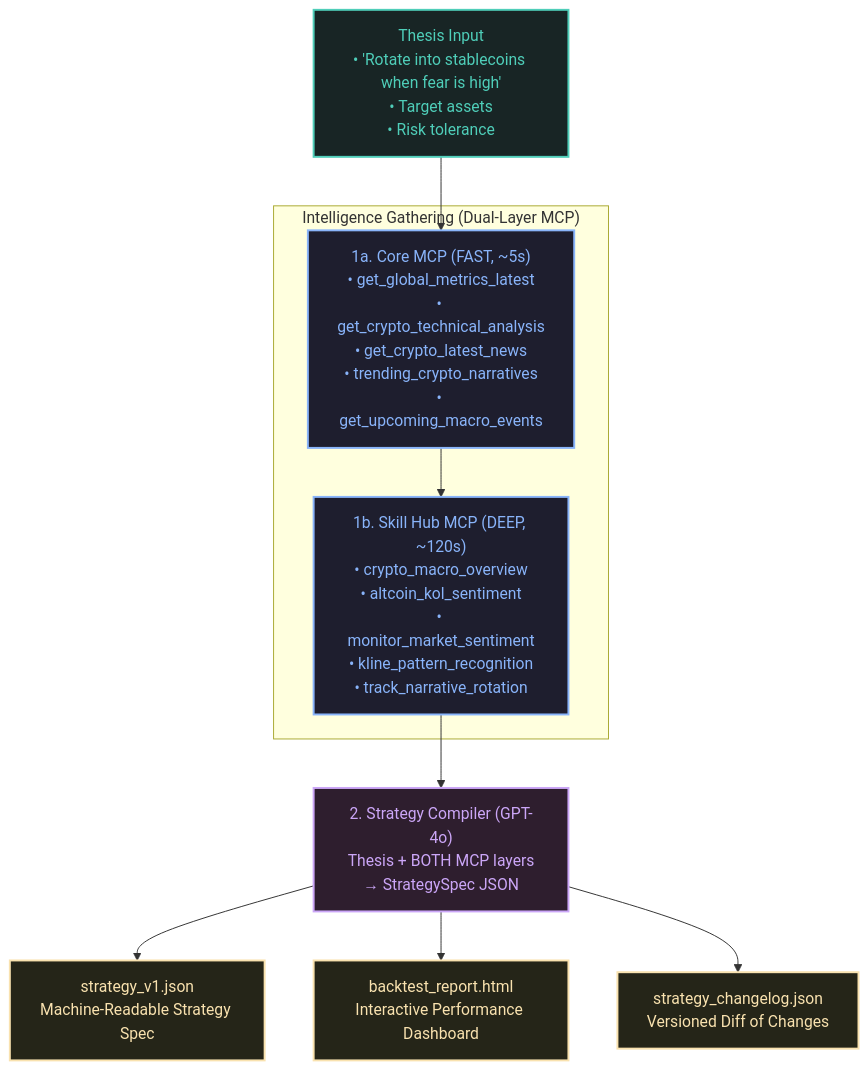
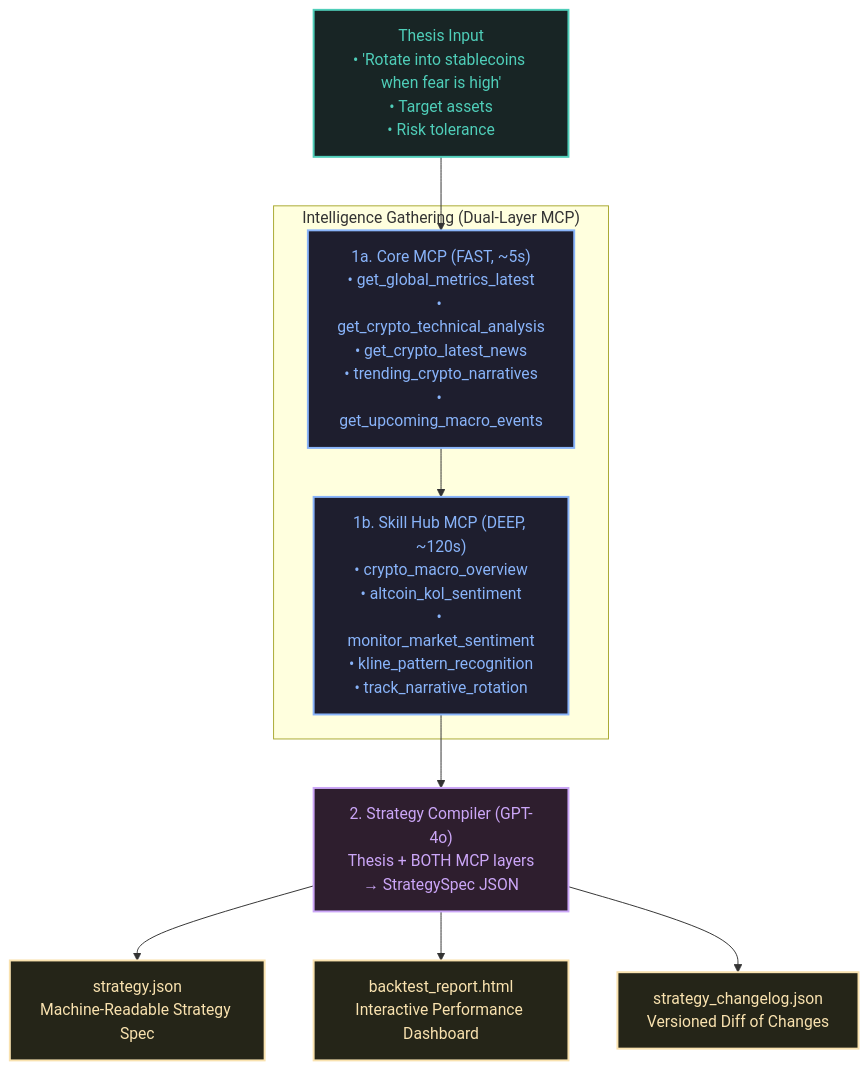
Before and after one commit to vjb/alpha-compiler: the diagram in README.md, drawn with Mermaid. The commit also changed other lines of this file and 8 other files, not shown here.

Commit message:
refactor: rename strategy_v1.json to strategy.json across codebase

````diff
--- a/README.md
+++ b/README.md
@@ -40,29 +40,29 @@
 ```mermaid
 graph TD
     classDef default fill:#11111b,stroke:#a6adc8,stroke-width:1px,color:#cdd6f4;
     classDef input fill:#182525,stroke:#4fceb9,stroke-width:2px,color:#4fceb9;
     classDef mcp fill:#1e1e2e,stroke:#89b4fa,stroke-width:2px,color:#89b4fa;
     classDef compiler fill:#2e1e2e,stroke:#cba6f7,stroke-width:2px,color:#cba6f7;
     classDef output fill:#252518,stroke:#f9e2af,stroke-width:2px,color:#f9e2af;
 
     Input["Thesis Input<br>• 'Rotate into stablecoins when fear is high'<br>• Target assets<br>• Risk tolerance"]:::input
 
     subgraph Intelligence ["Intelligence Gathering (Dual-Layer MCP)"]
         Core["1a. Core MCP (FAST, ~5s)<br>• get_global_metrics_latest<br>• get_crypto_technical_analysis<br>• get_crypto_latest_news<br>• trending_crypto_narratives<br>• get_upcoming_macro_events"]:::mcp
         
         SkillHub["1b. Skill Hub MCP (DEEP, ~120s)<br>• crypto_macro_overview<br>• altcoin_kol_sentiment<br>• monitor_market_sentiment<br>• kline_pattern_recognition<br>• track_narrative_rotation"]:::mcp
     end
 
     Compiler["2. Strategy Compiler (GPT-4o)<br>Thesis + BOTH MCP layers<br>→ StrategySpec JSON"]:::compiler
 
-    Strategy["strategy_v1.json<br>Machine-Readable Strategy Spec"]:::output
+    Strategy["strategy.json<br>Machine-Readable Strategy Spec"]:::output
     Backtest["backtest_report.html<br>Interactive Performance Dashboard"]:::output
     Changelog["strategy_changelog.json<br>Versioned Diff of Changes"]:::output
 
     Input --> Core
     Core --> SkillHub
     SkillHub --> Compiler
     Compiler --> Strategy
     Compiler --> Backtest
     Compiler --> Changelog
 ```
````
